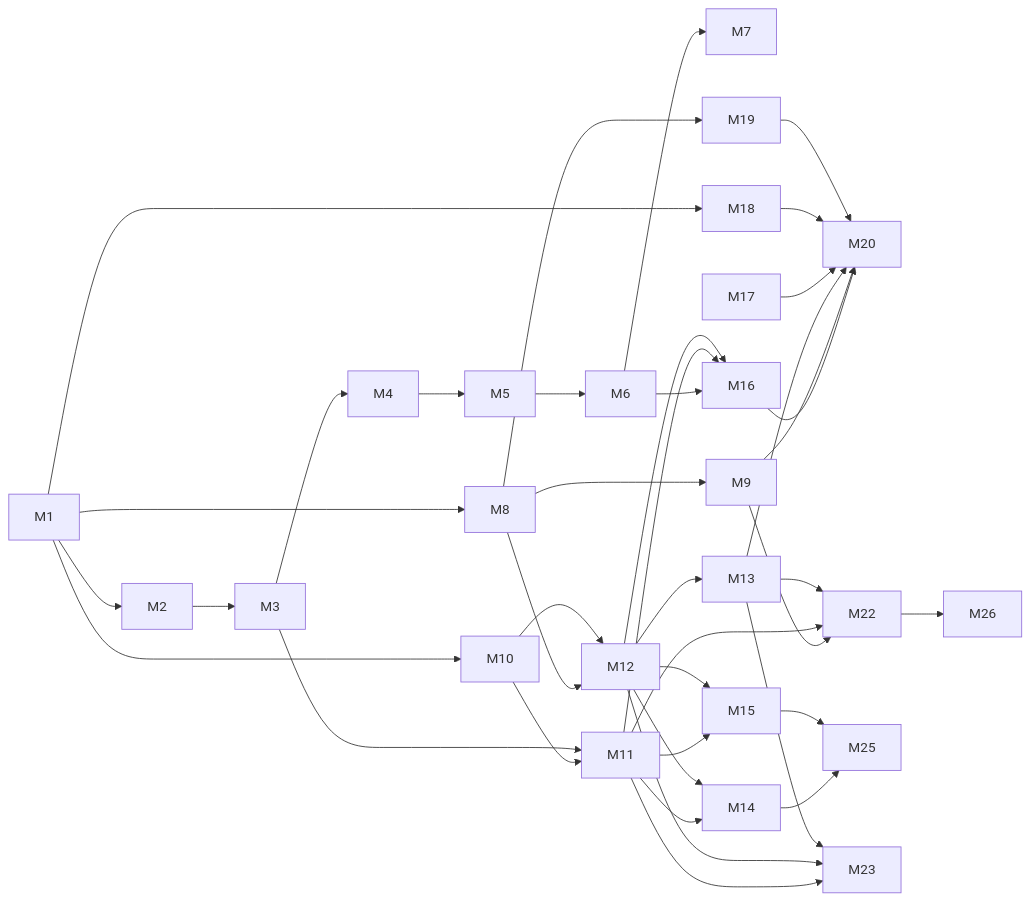
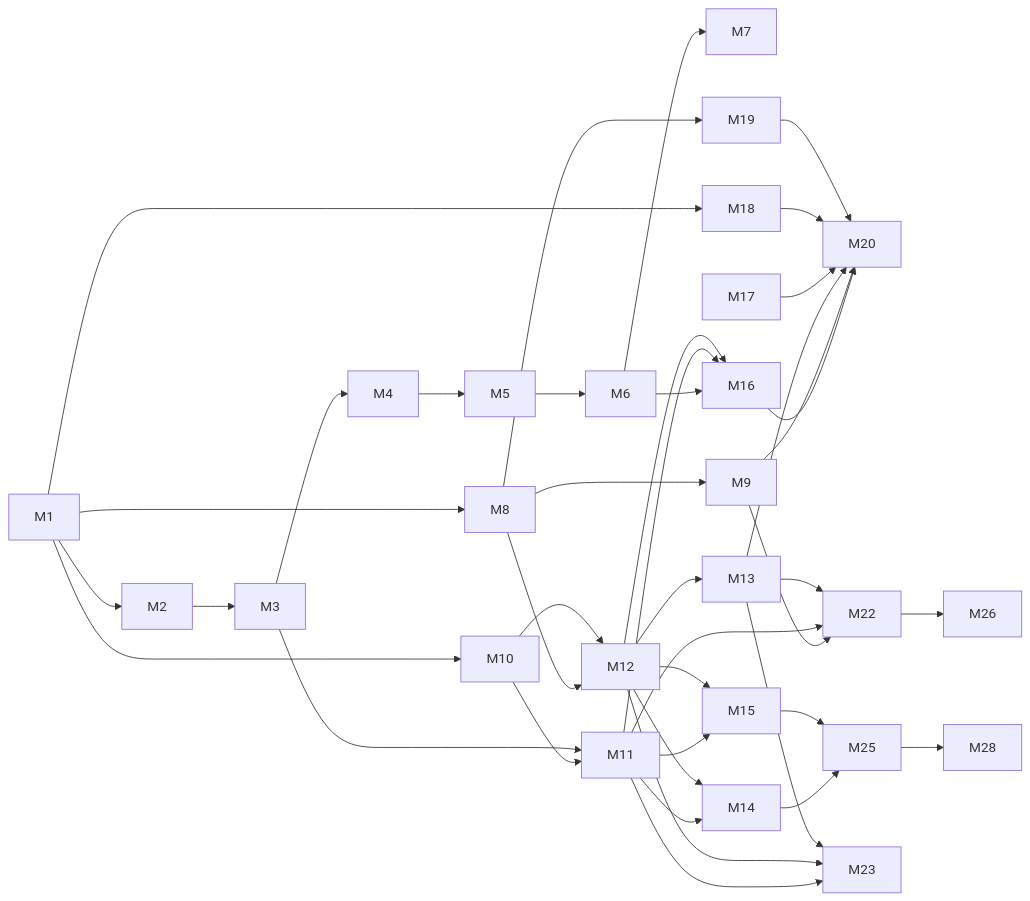
Before and after one commit to PavelArs/capital-tracker: the second of 2 diagrams in docs/product-requirements.md, drawn with Mermaid. The commit also changed other lines of this file and 65 other files, not shown here.

````diff
--- a/docs/product-requirements.md
+++ b/docs/product-requirements.md
@@ -851,34 +852,35 @@
 ```mermaid
 flowchart LR
   M1 --> M2 --> M3 --> M4 --> M5 --> M6 --> M7
   M1 --> M8 --> M9
   M1 --> M10 --> M11
   M3 --> M11
   M8 --> M12
   M10 --> M12 --> M13
   M11 --> M14
   M12 --> M14
   M11 --> M15
   M12 --> M15
   M6 --> M16
   M11 --> M16
   M12 --> M16
   M1 --> M18
   M8 --> M19
   M17
   M16 --> M20
   M9 --> M20
   M13 --> M20
   M17 --> M20
   M18 --> M20
   M19 --> M20
   M9 --> M22
   M11 --> M22
   M13 --> M22
   M22 --> M26
   M14 --> M25
   M15 --> M25
   M11 --> M23
   M12 --> M23
   M13 --> M23
+  M25 --> M28
 ```
````
